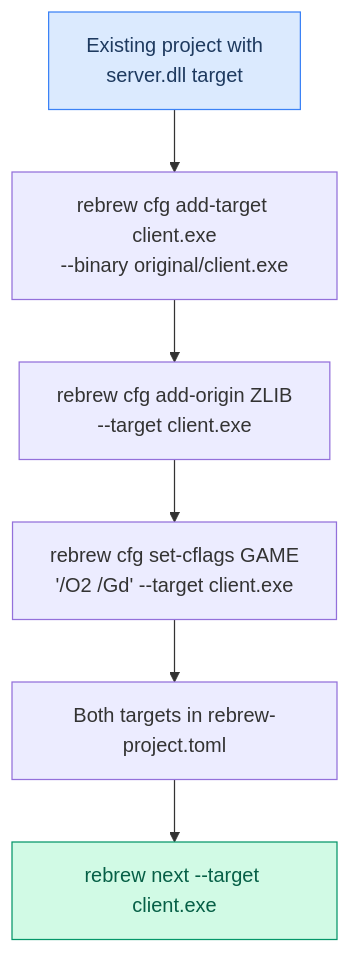
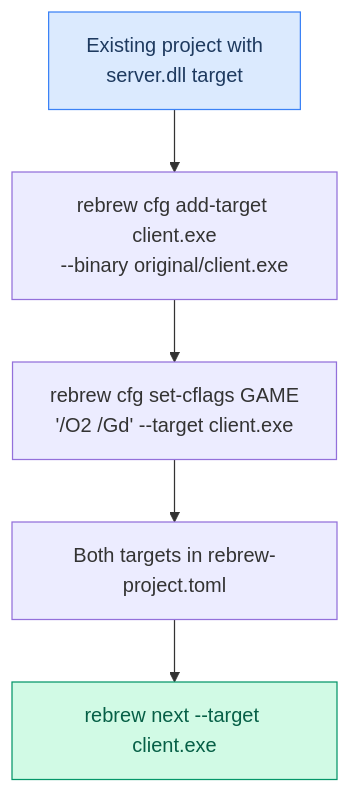
One commit to maci0/rebrew changed the second of 16 diagrams in docs/USER_STORIES.md. Above: the diagram before and after it, drawn with Mermaid. The commit also changed other lines of this file and 85 other files, not shown here.

````diff
--- a/docs/USER_STORIES.md
+++ b/docs/USER_STORIES.md
@@ -58,11 +58,10 @@
 ```mermaid
 graph TD
     A["Existing project with<br/>server.dll target"] --> B["rebrew cfg add-target client.exe<br/>--binary original/client.exe"]
-    B --> C["rebrew cfg add-origin ZLIB<br/>--target client.exe"]
-    C --> D["rebrew cfg set-cflags GAME<br/>'/O2 /Gd' --target client.exe"]
+    B --> D["rebrew cfg set-cflags GAME<br/>'/O2 /Gd' --target client.exe"]
     D --> E["Both targets in rebrew-project.toml"]
     E --> F["rebrew next --target client.exe"]
 
     style A fill:#dbeafe,stroke:#3b82f6,color:#1e3a5f
     style F fill:#d1fae5,stroke:#059669,color:#065f46
 ```
````
